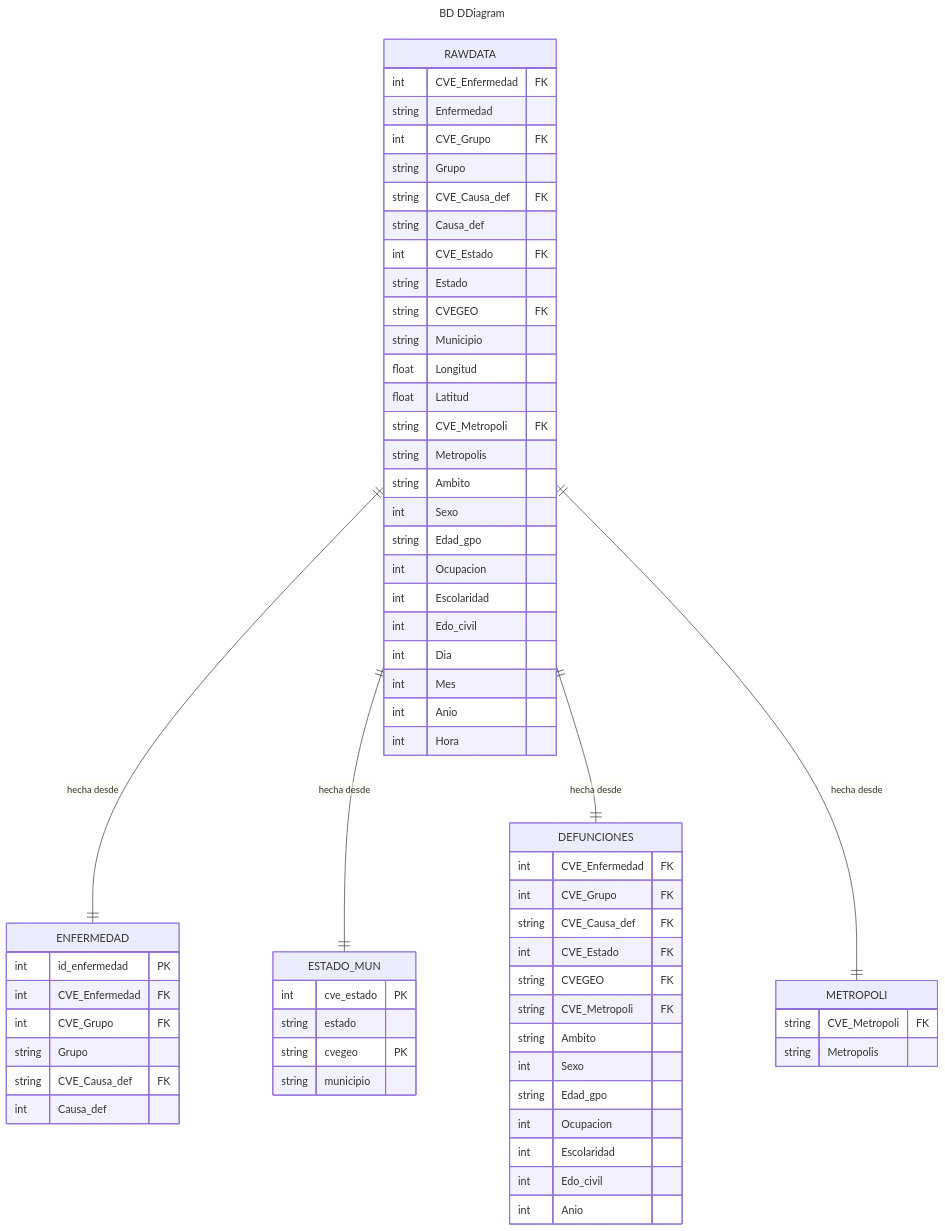
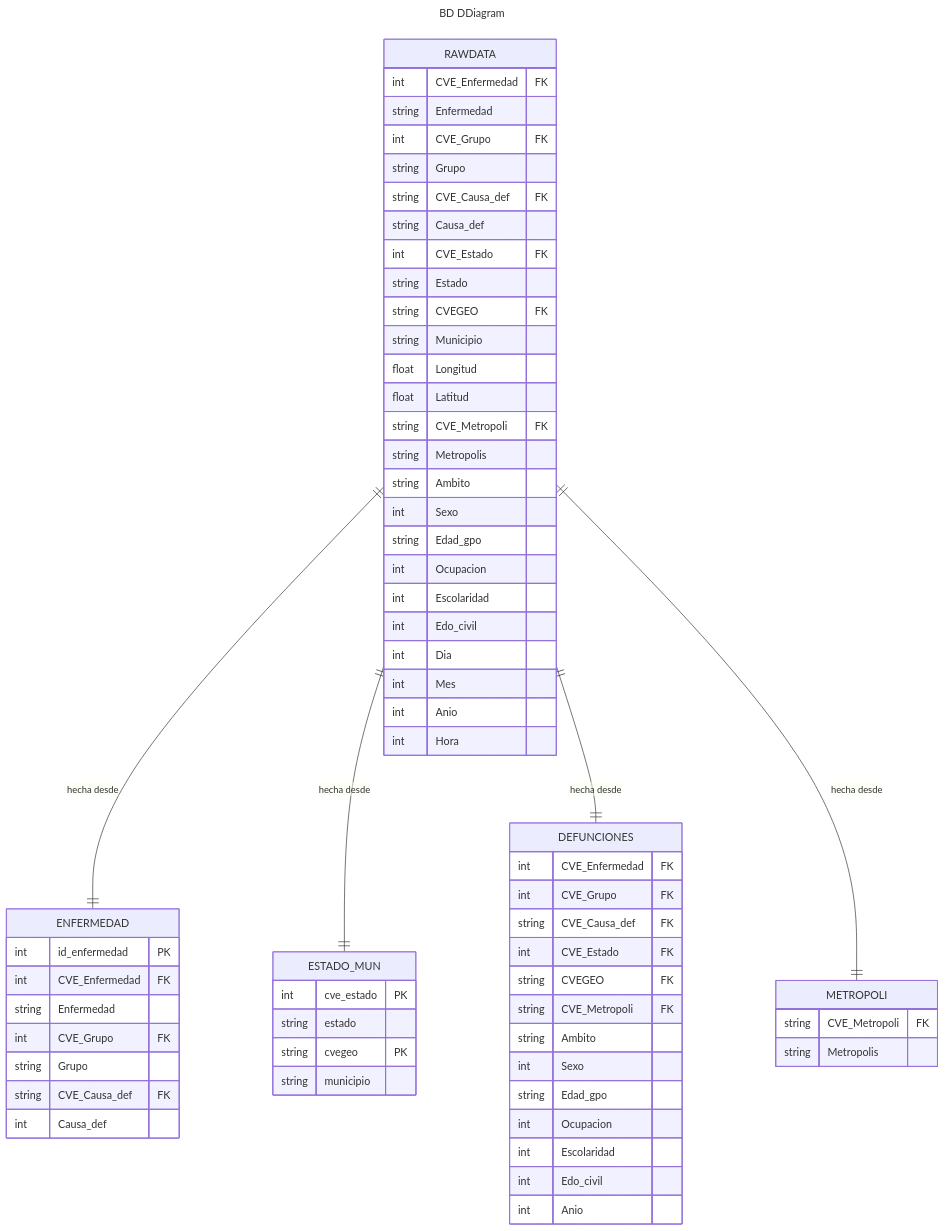
One commit to chilam-lab/epispecies_back-2.0 changed the diagram in README.md. Above: the diagram before and after it, drawn with Mermaid. The commit also changed 3 other files, not shown here.

````diff
--- a/README.md
+++ b/README.md
@@ -21,72 +21,73 @@
 ```mermaid
 ---
 title: BD DDiagram
 ---
 erDiagram
 RAWDATA {
     int CVE_Enfermedad FK
     string Enfermedad
     int CVE_Grupo FK
     string Grupo
     string CVE_Causa_def FK
     string Causa_def
     int CVE_Estado FK
     string Estado
     string CVEGEO FK
     string Municipio
     float Longitud
     float Latitud
     string CVE_Metropoli FK
     string Metropolis
     string Ambito
     int Sexo
     string Edad_gpo
     int Ocupacion
     int Escolaridad
     int Edo_civil
     int Dia
     int Mes
     int Anio
     int Hora
 }
 
 ESTADO_MUN {
     int cve_estado PK
     string estado
     string cvegeo PK
     string municipio
 }
 
 ENFERMEDAD {
     int id_enfermedad PK
     int CVE_Enfermedad FK
+    string Enfermedad
     int CVE_Grupo FK
     string Grupo
     string CVE_Causa_def FK
     int Causa_def
 }
 DEFUNCIONES {
     int CVE_Enfermedad FK
     int CVE_Grupo FK
     string CVE_Causa_def FK
     int CVE_Estado FK
     string CVEGEO FK
     string CVE_Metropoli FK
     string Ambito
     int Sexo
     string Edad_gpo
     int Ocupacion
     int Escolaridad
     int Edo_civil
     int Anio
 }
 METROPOLI {
     string CVE_Metropoli FK
     string Metropolis
 }
 RAWDATA ||--|| ENFERMEDAD: "hecha desde"
 RAWDATA ||--|| ESTADO_MUN: "hecha desde"
 RAWDATA ||--|| DEFUNCIONES: "hecha desde"
 RAWDATA ||--|| METROPOLI: "hecha desde"
 
 ```
````
